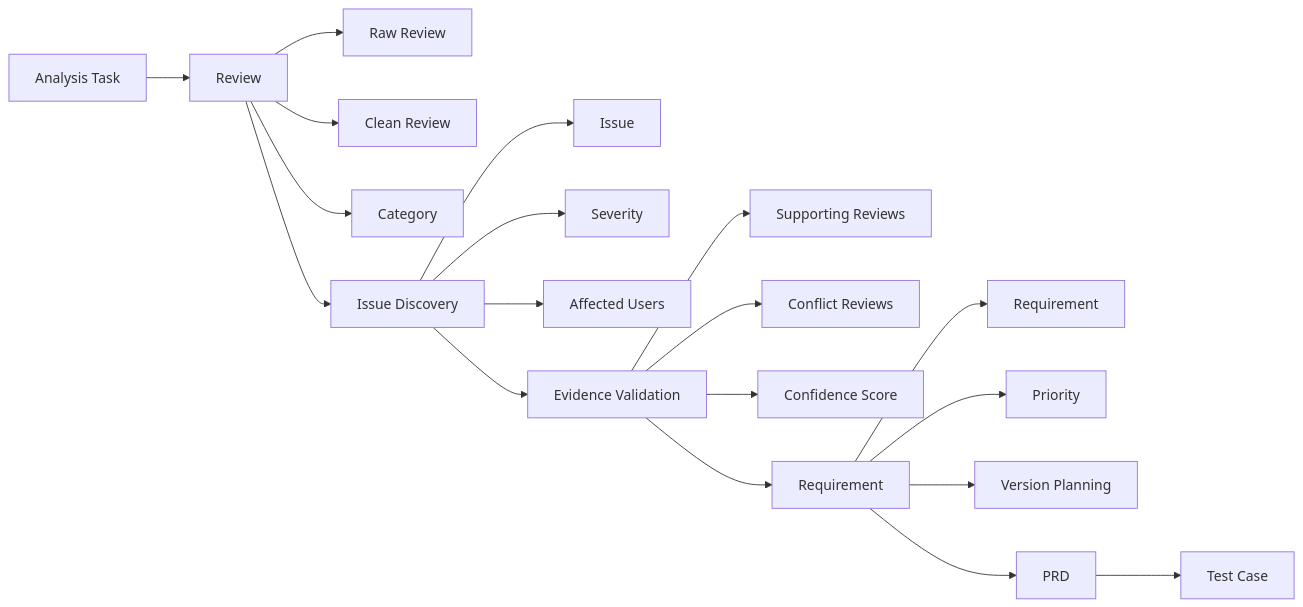
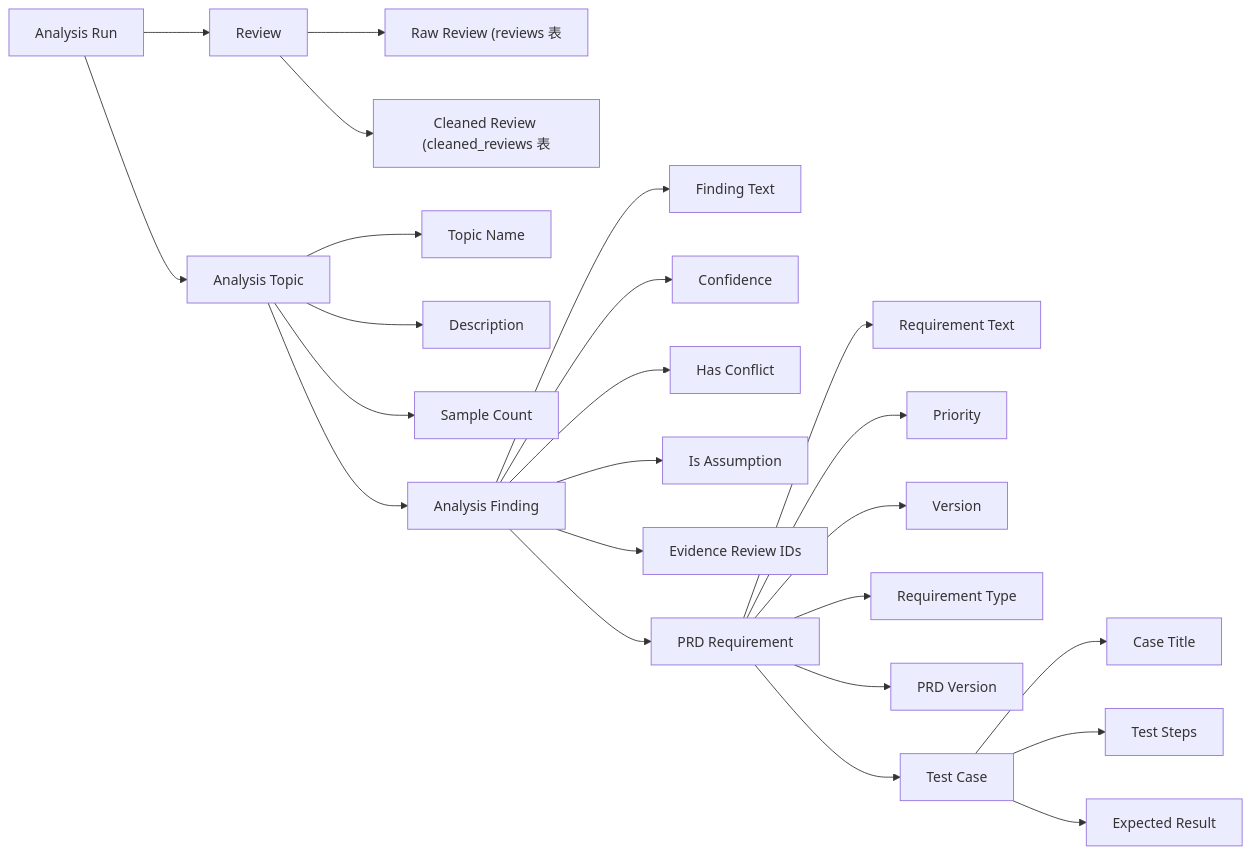
Before and after one commit to yanlinchen666/AppStore_The-entire-product-process: the third of 8 diagrams in AppStore_vc/Project Documents/产品文档.md, drawn with Mermaid. The commit also changed other lines of this file and 49 other files, not shown here.

````diff
--- a/AppStore_vc/Project Documents/产品文档.md
+++ b/AppStore_vc/Project Documents/产品文档.md
@@ -321,33 +353,39 @@
 ```mermaid
 flowchart LR
 
-A["Analysis Task"]
+A["Analysis Run"]
 
 A --> B["Review"]
 
-B --> B1["Raw Review"]
-B --> B2["Clean Review"]
-B --> B3["Category"]
+B --> B1["Raw Review (reviews 表"]
+B --> B2["Cleaned Review (cleaned_reviews 表"]
 
-B --> C["Issue Discovery"]
+A --> C["Analysis Topic"]
 
-C --> C1["Issue"]
-C --> C2["Severity"]
-C --> C3["Affected Users"]
+C --> C1["Topic Name"]
+C --> C2["Description"]
+C --> C3["Sample Count"]
 
-C --> D["Evidence Validation"]
+C --> D["Analysis Finding"]
 
-D --> D1["Supporting Reviews"]
-D --> D2["Conflict Reviews"]
-D --> D3["Confidence Score"]
+D --> D1["Finding Text"]
+D --> D2["Confidence"]
+D --> D3["Has Conflict"]
+D --> D4["Is Assumption"]
+D --> D5["Evidence Review IDs"]
 
-D --> E["Requirement"]
+D --> E["PRD Requirement"]
 
-E --> E1["Requirement"]
+E --> E1["Requirement Text"]
 E --> E2["Priority"]
-E --> E3["Version Planning"]
+E --> E3["Version"]
+E --> E4["Requirement Type"]
 
-E --> F["PRD"]
+E --> F["PRD Version"]
 
-F --> G["Test Case"]
+E --> G["Test Case"]
+
+G --> G1["Case Title"]
+G --> G2["Test Steps"]
+G --> G3["Expected Result"]
 ```
````
